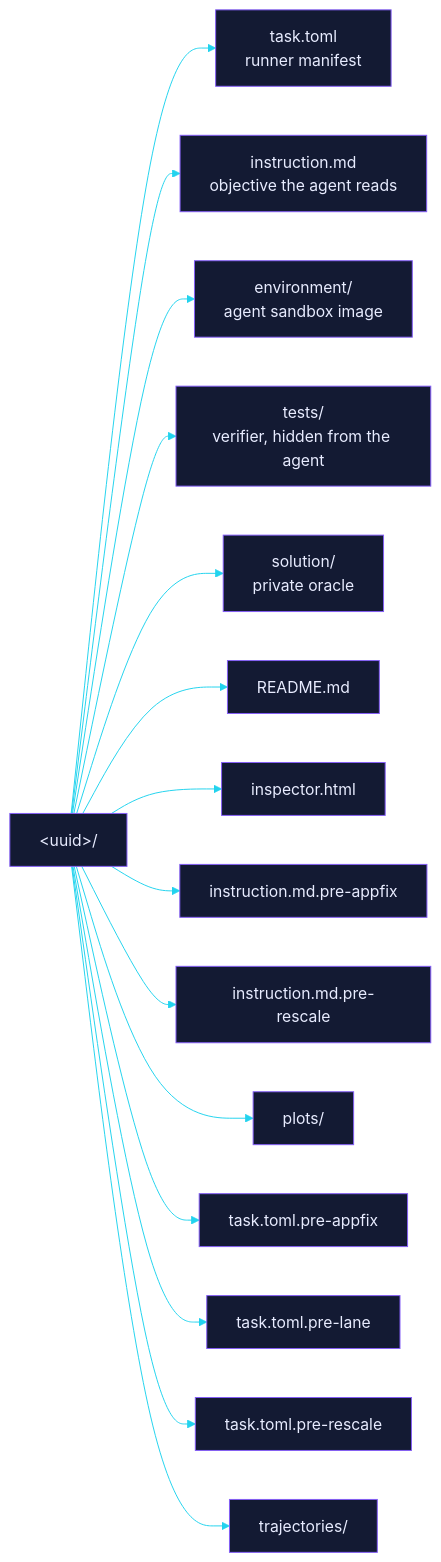
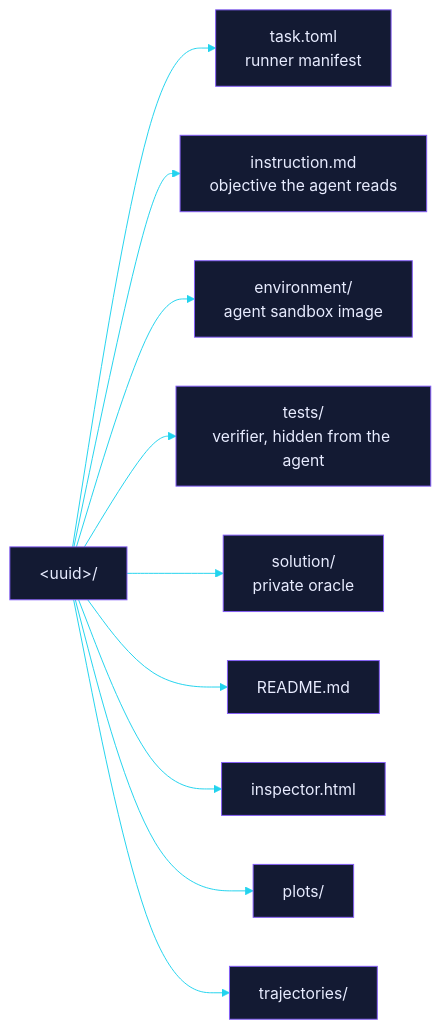
One commit to EtharaOrion/bia-samples changed the first of 2 diagrams in README.md. Above: the diagram before and after it, drawn with Mermaid. The commit also changed other lines of this file and 1310 other files, not shown here.

````diff
--- a/README.md
+++ b/README.md
@@ -141,19 +56,14 @@
 ```mermaid
 %%{init: {"theme":"base","themeVariables":{"primaryColor":"#131a33","primaryTextColor":"#e8ecff","primaryBorderColor":"#845EF7","lineColor":"#22d3ee","fontFamily":"monospace"}}}%%
 flowchart LR
     bundle["&lt;uuid&gt;/"]
     bundle --> n0["task.toml<br/>runner manifest"]
     bundle --> n1["instruction.md<br/>objective the agent reads"]
     bundle --> n2["environment/<br/>agent sandbox image"]
     bundle --> n3["tests/<br/>verifier, hidden from the agent"]
     bundle --> n4["solution/<br/>private oracle"]
     bundle --> n5["README.md"]
     bundle --> n6["inspector.html"]
-    bundle --> n7["instruction.md.pre-appfix"]
-    bundle --> n8["instruction.md.pre-rescale"]
-    bundle --> n9["plots/"]
-    bundle --> n10["task.toml.pre-appfix"]
-    bundle --> n11["task.toml.pre-lane"]
-    bundle --> n12["task.toml.pre-rescale"]
-    bundle --> n13["trajectories/"]
+    bundle --> n7["plots/"]
+    bundle --> n8["trajectories/"]
 ```
````
